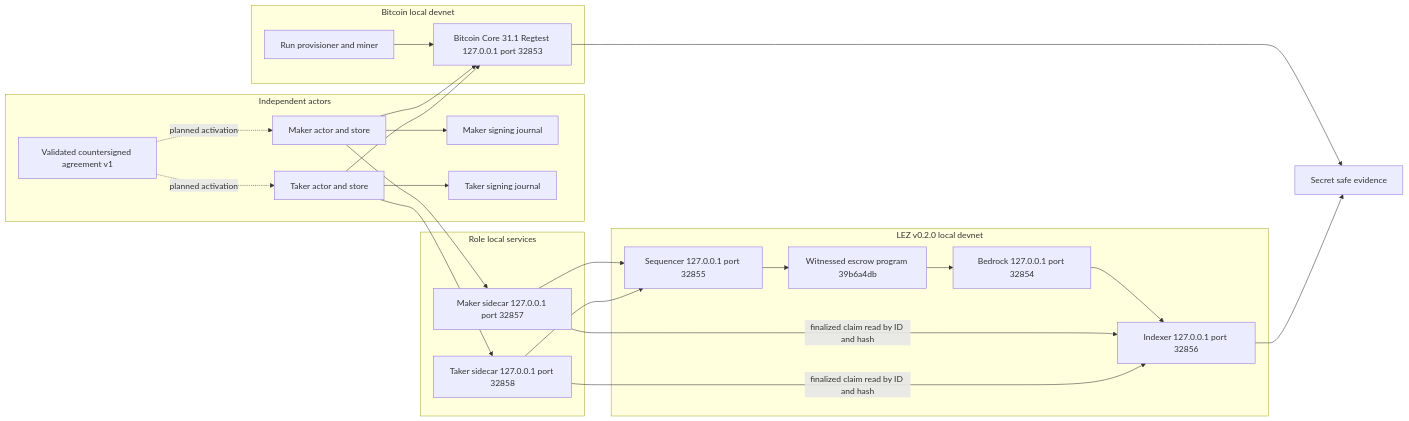
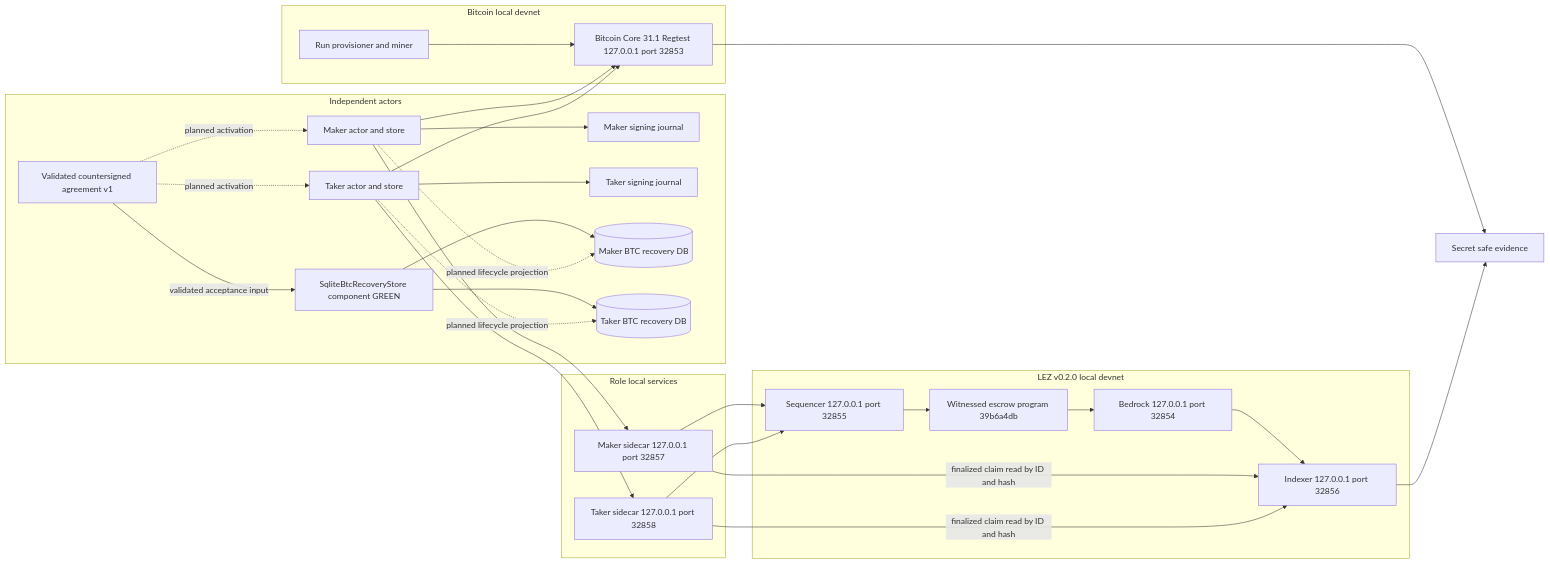
One commit to gateway-fm/lez-atomic-swaps changed the first of 5 diagrams in docs/architecture/0029-m3-bitcoin-local-poc-entry.md. Above: the diagram before and after it, drawn with Mermaid. The commit also changed other lines of this file and 11 other files, not shown here.

Commit message:
feat: persist Bitcoin lifecycle recovery evidence

````diff
--- a/docs/architecture/0029-m3-bitcoin-local-poc-entry.md
+++ b/docs/architecture/0029-m3-bitcoin-local-poc-entry.md
@@ -41,46 +41,54 @@
 ```mermaid
 flowchart LR
     subgraph Actors["Independent actors"]
         Agreement["Validated countersigned agreement v1"]
         Maker["Maker actor and store"]
         Taker["Taker actor and store"]
         MakerSigner["Maker signing journal"]
         TakerSigner["Taker signing journal"]
+        Recovery["SqliteBtcRecoveryStore component GREEN"]
+        MakerRecovery[("Maker BTC recovery DB")]
+        TakerRecovery[("Taker BTC recovery DB")]
         Maker --> MakerSigner
         Taker --> TakerSigner
+        Agreement -->|"validated acceptance input"| Recovery
+        Recovery --> MakerRecovery
+        Recovery --> TakerRecovery
+        Maker -. planned lifecycle projection .-> MakerRecovery
+        Taker -. planned lifecycle projection .-> TakerRecovery
         Agreement -. planned activation .-> Maker
         Agreement -. planned activation .-> Taker
     end
 
     subgraph RoleServices["Role local services"]
         MakerSidecar["Maker sidecar 127.0.0.1 port 32857"]
         TakerSidecar["Taker sidecar 127.0.0.1 port 32858"]
     end
 
     subgraph Bitcoin["Bitcoin local devnet"]
         Core["Bitcoin Core 31.1 Regtest 127.0.0.1 port 32853"]
         Miner["Run provisioner and miner"]
     end
 
     subgraph Lez["LEZ v0.2.0 local devnet"]
         Sequencer["Sequencer 127.0.0.1 port 32855"]
         Indexer["Indexer 127.0.0.1 port 32856"]
         Bedrock["Bedrock 127.0.0.1 port 32854"]
         Guest["Witnessed escrow program 39b6a4db"]
         Sequencer --> Guest
         Guest --> Bedrock
         Bedrock --> Indexer
     end
 
     Maker --> MakerSidecar
     Taker --> TakerSidecar
     MakerSidecar --> Sequencer
     MakerSidecar -->|"finalized claim read by ID and hash"| Indexer
     TakerSidecar --> Sequencer
     TakerSidecar -->|"finalized claim read by ID and hash"| Indexer
     Maker --> Core
     Taker --> Core
     Miner --> Core
     Core --> Evidence["Secret safe evidence"]
     Indexer --> Evidence
 ```
````
